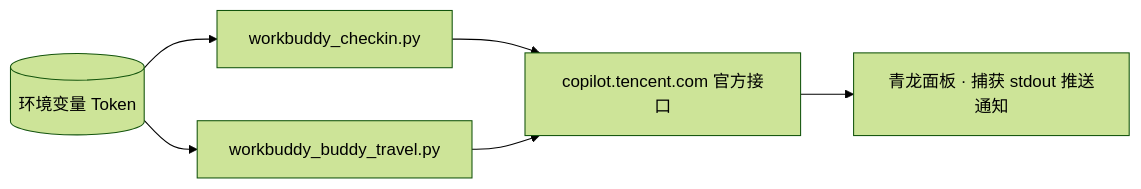
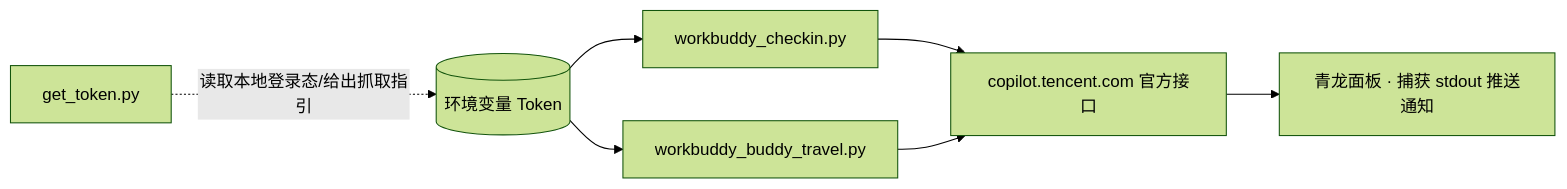
The third of 3 diagrams in README.md (xmgzxmgz/workbuddy-checkin-qinglong), drawn with Mermaid (forest theme) before and after one commit. The commit also changed other lines of this file and 2 other files, not shown here.

````diff
--- a/README.md
+++ b/README.md
@@ -120,8 +168,9 @@
 ```mermaid
 flowchart LR
   S1[workbuddy_checkin.py] --> API[copilot.tencent.com 官方接口]
   S2[workbuddy_buddy_travel.py] --> API
+  T[get_token.py] -.读取本地登录态/给出抓取指引.-> ENV[(环境变量 Token)]
   API --> Q[青龙面板 · 捕获 stdout 推送通知]
-  ENV[(环境变量 Token)] --> S1
+  ENV --> S1
   ENV --> S2
 ```
````
